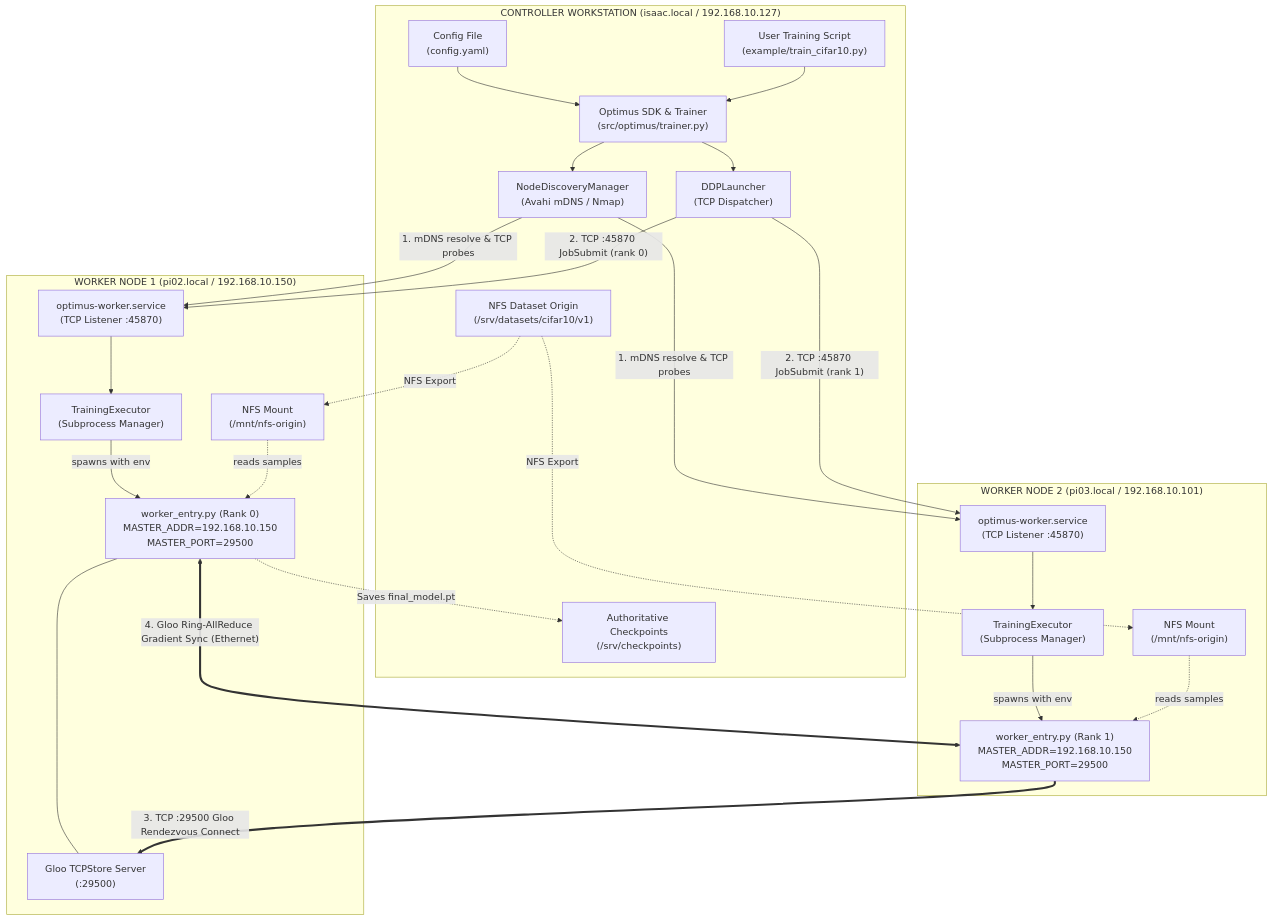
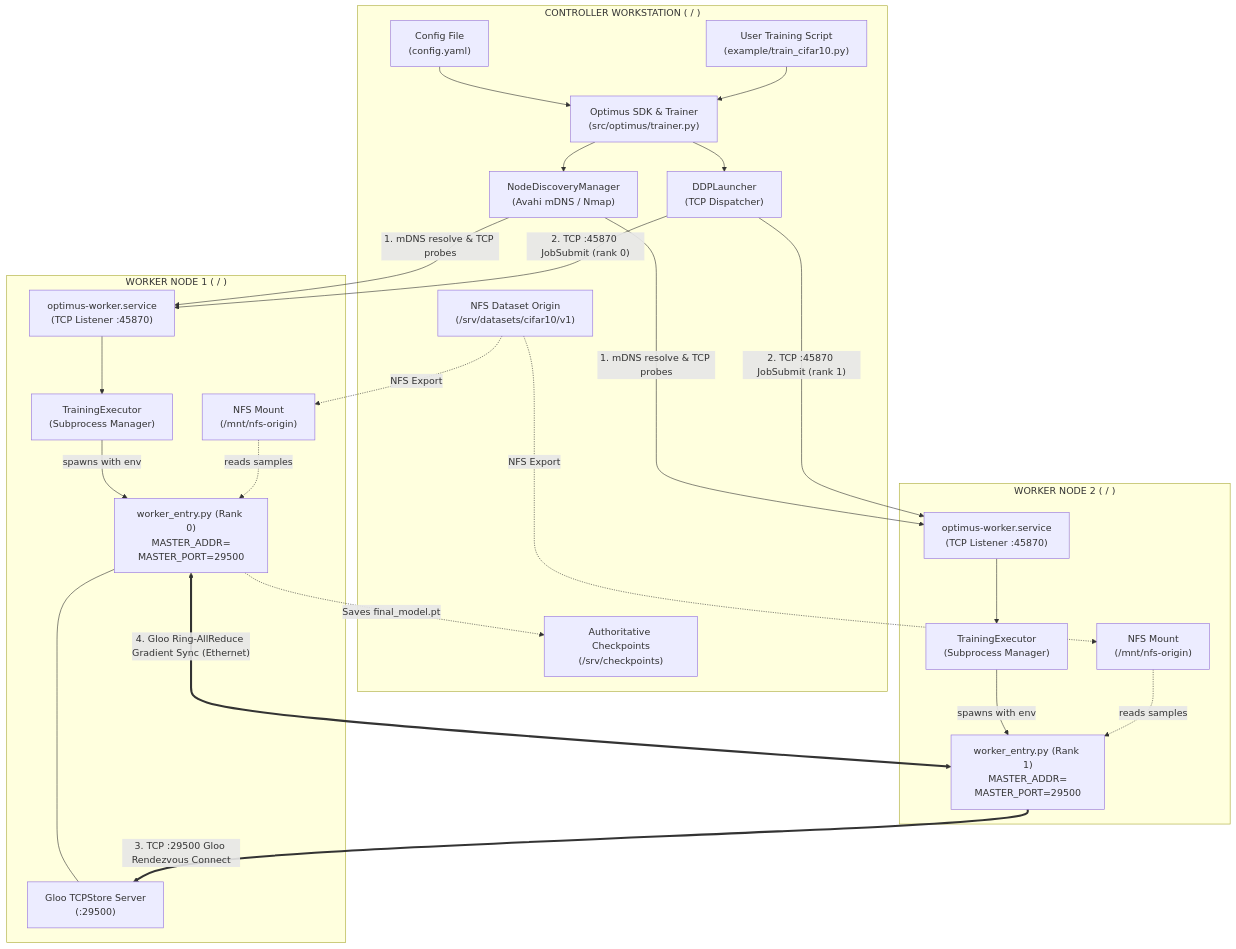
One commit to IsaacAneek/OptimusCluster changed the diagram in example/architecture_topology.mmd. Above: the diagram before and after it, drawn with Mermaid. The commit also changed 24 other files, not shown here.

```diff
--- a/example/architecture_topology.mmd
+++ b/example/architecture_topology.mmd
@@ -1,53 +1,53 @@
 flowchart TD
-    subgraph ControllerHost["CONTROLLER WORKSTATION (isaac.local / 192.168.10.127)"]
+    subgraph ControllerHost["CONTROLLER WORKSTATION (<controller-host> / <controller-ip>)"]
         UserCode["User Training Script\n(example/train_cifar10.py)"]
         ConfigYAML["Config File\n(config.yaml)"]
         OptimusEngine["Optimus SDK & Trainer\n(src/optimus/trainer.py)"]
         DiscoveryMgr["NodeDiscoveryManager\n(Avahi mDNS / Nmap)"]
         Launcher["DDPLauncher\n(TCP Dispatcher)"]
         NFSServer["NFS Dataset Origin\n(/srv/datasets/cifar10/v1)"]
         CheckpointsStorage["Authoritative Checkpoints\n(/srv/checkpoints)"]
         
         ConfigYAML --> OptimusEngine
         UserCode --> OptimusEngine
         OptimusEngine --> DiscoveryMgr
         OptimusEngine --> Launcher
     end
 
-    subgraph Pi02Host["WORKER NODE 1 (pi02.local / 192.168.10.150)"]
+    subgraph Pi02Host["WORKER NODE 1 (<worker-1-host> / <worker-1-ip>)"]
         Daemon02["optimus-worker.service\n(TCP Listener :45870)"]
         Exec02["TrainingExecutor\n(Subprocess Manager)"]
-        Subproc02["worker_entry.py (Rank 0)\nMASTER_ADDR=192.168.10.150\nMASTER_PORT=29500"]
+        Subproc02["worker_entry.py (Rank 0)\nMASTER_ADDR=<worker-1-ip>\nMASTER_PORT=29500"]
         GlooServer["Gloo TCPStore Server\n(:29500)"]
         NFSMount02["NFS Mount\n(/mnt/nfs-origin)"]
 
         Daemon02 --> Exec02
         Exec02 -->|"spawns with env"| Subproc02
         Subproc02 --- GlooServer
         NFSMount02 -.->|"reads samples"| Subproc02
     end
 
-    subgraph Pi03Host["WORKER NODE 2 (pi03.local / 192.168.10.101)"]
+    subgraph Pi03Host["WORKER NODE 2 (<worker-2-host> / <worker-2-ip>)"]
         Daemon03["optimus-worker.service\n(TCP Listener :45870)"]
         Exec03["TrainingExecutor\n(Subprocess Manager)"]
-        Subproc03["worker_entry.py (Rank 1)\nMASTER_ADDR=192.168.10.150\nMASTER_PORT=29500"]
+        Subproc03["worker_entry.py (Rank 1)\nMASTER_ADDR=<worker-1-ip>\nMASTER_PORT=29500"]
         NFSMount03["NFS Mount\n(/mnt/nfs-origin)"]
 
         Daemon03 --> Exec03
         Exec03 -->|"spawns with env"| Subproc03
         NFSMount03 -.->|"reads samples"| Subproc03
     end
 
     %% Network Connections
     DiscoveryMgr -->|"1. mDNS resolve & TCP probes"| Daemon02
     DiscoveryMgr -->|"1. mDNS resolve & TCP probes"| Daemon03
 
     Launcher -->|"2. TCP :45870 JobSubmit (rank 0)"| Daemon02
     Launcher -->|"2. TCP :45870 JobSubmit (rank 1)"| Daemon03
 
     Subproc03 ==>|"3. TCP :29500 Gloo Rendezvous Connect"| GlooServer
     Subproc02 <===>|"4. Gloo Ring-AllReduce Gradient Sync (Ethernet)"| Subproc03
 
     NFSServer -.->|"NFS Export"| NFSMount02
     NFSServer -.->|"NFS Export"| NFSMount03
     Subproc02 -.->|"Saves final_model.pt"| CheckpointsStorage
```
